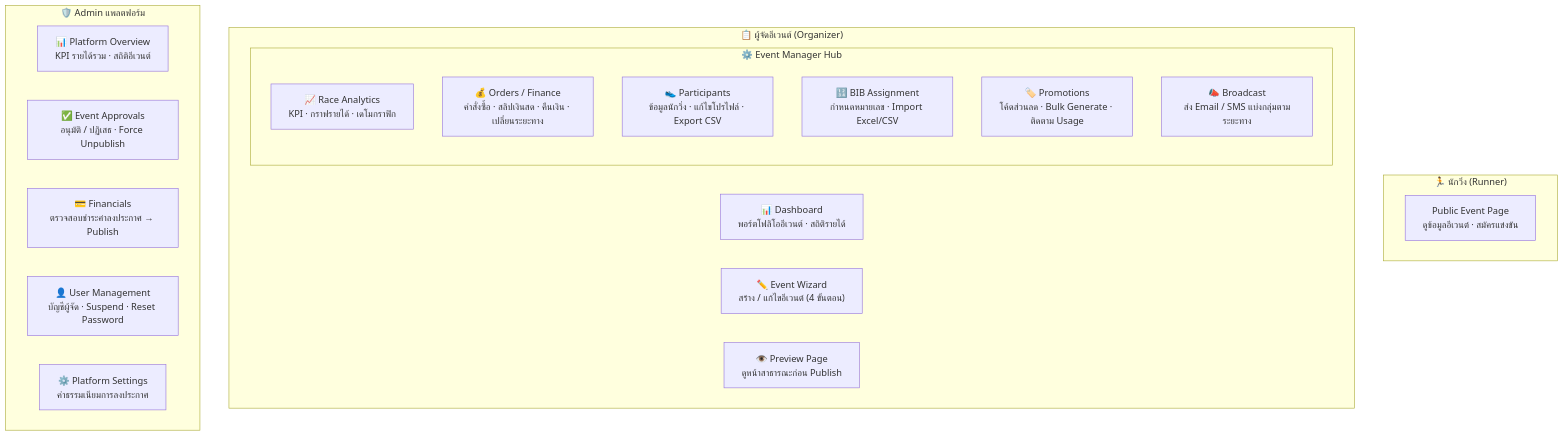
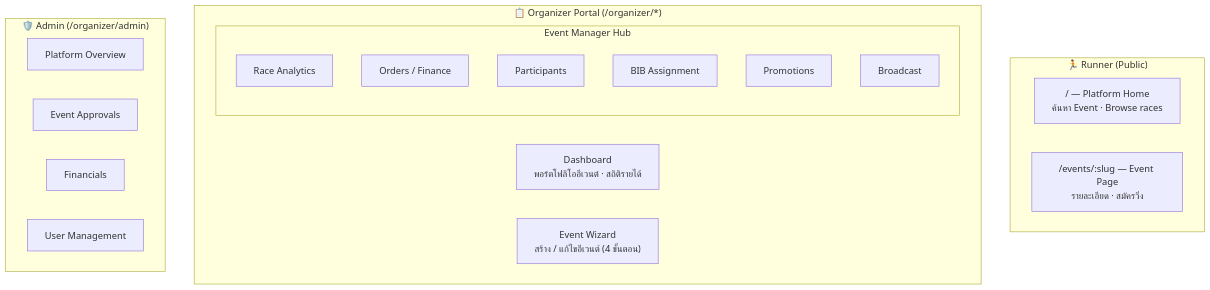
Before and after one commit to joeychaisri/MyTrails: the diagram in README.md, drawn with Mermaid. The commit also changed other lines of this file and 1 other file, not shown here.

First line of the commit message:
docs: add CLAUDE.md and update README for dual-side architecture

````diff
--- a/README.md
+++ b/README.md
@@ -21,28 +11,27 @@
 ```mermaid
 flowchart TB
-    subgraph R["🏃 นักวิ่ง (Runner)"]
-        R1["Public Event Page\nดูข้อมูลอีเวนต์ · สมัครแข่งขัน"]
+    subgraph Runner["🏃 Runner (Public)"]
+        R1["/ — Platform Home\nค้นหา Event · Browse races"]
+        R2["/events/:slug — Event Page\nรายละเอียด · สมัครวิ่ง"]
     end
 
-    subgraph O["📋 ผู้จัดอีเวนต์ (Organizer)"]
-        O1["📊 Dashboard\nพอร์ตโฟลิโออีเวนต์ · สถิติรายได้"]
-        O2["✏️ Event Wizard\nสร้าง / แก้ไขอีเวนต์ (4 ขั้นตอน)"]
-        O3["👁️ Preview Page\nดูหน้าสาธารณะก่อน Publish"]
-        subgraph H["⚙️ Event Manager Hub"]
-            H1["📈 Race Analytics\nKPI · กราฟรายได้ · เดโมกราฟิก"]
-            H2["💰 Orders / Finance\nคำสั่งซื้อ · สลิปเงินสด · คืนเงิน · เปลี่ยนระยะทาง"]
-            H3["👟 Participants\nข้อมูลนักวิ่ง · แก้ไขโปรไฟล์ · Export CSV"]
-            H4["🔢 BIB Assignment\nกำหนดหมายเลข · Import Excel/CSV"]
-            H5["🏷️ Promotions\nโค้ดส่วนลด · Bulk Generate · ติดตาม Usage"]
-            H6["📣 Broadcast\nส่ง Email / SMS แบ่งกลุ่มตามระยะทาง"]
+    subgraph Organizer["📋 Organizer Portal (/organizer/*)"]
+        O1["Dashboard\nพอร์ตโฟลิโออีเวนต์ · สถิติรายได้"]
+        O2["Event Wizard\nสร้าง / แก้ไขอีเวนต์ (4 ขั้นตอน)"]
+        subgraph Hub["Event Manager Hub"]
+            H1["Race Analytics"]
+            H2["Orders / Finance"]
+            H3["Participants"]
+            H4["BIB Assignment"]
+            H5["Promotions"]
+            H6["Broadcast"]
         end
     end
 
-    subgraph A["🛡️ Admin แพลตฟอร์ม"]
-        A1["📊 Platform Overview\nKPI รายได้รวม · สถิติอีเวนต์"]
-        A2["✅ Event Approvals\nอนุมัติ / ปฏิเสธ · Force Unpublish"]
-        A3["💳 Financials\nตรวจสอบชำระค่าลงประกาศ → Publish"]
-        A4["👤 User Management\nบัญชีผู้จัด · Suspend · Reset Password"]
-        A5["⚙️ Platform Settings\nค่าธรรมเนียมการลงประกาศ"]
+    subgraph Admin["🛡️ Admin (/organizer/admin)"]
+        A1["Platform Overview"]
+        A2["Event Approvals"]
+        A3["Financials"]
+        A4["User Management"]
     end
 ```
````
